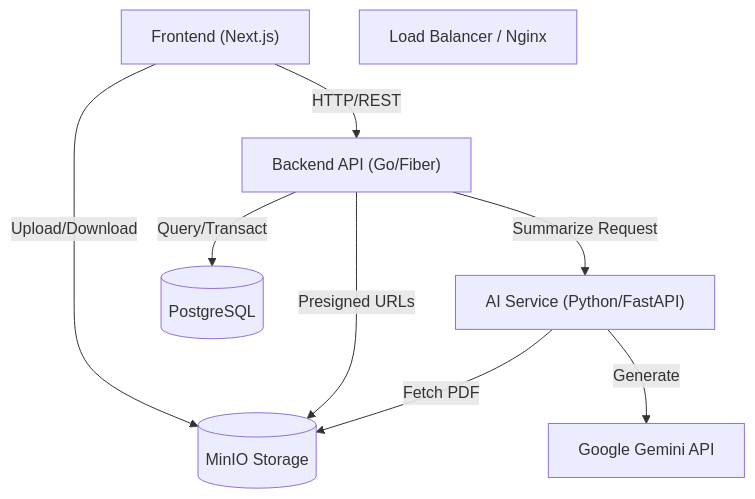
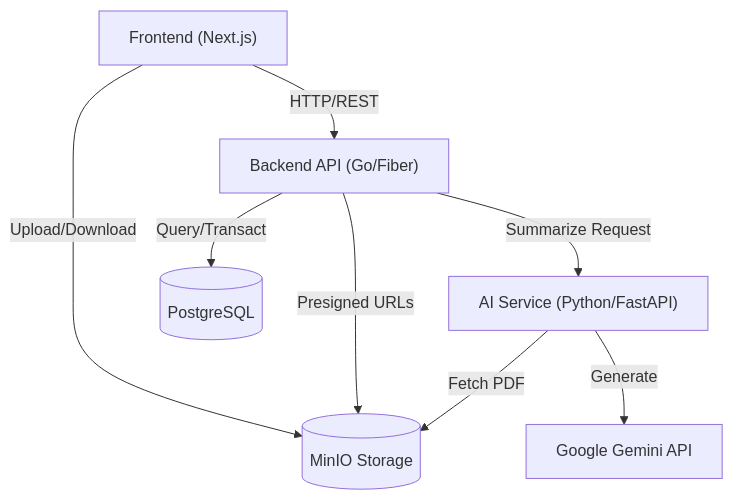
The diagram in README.md (rafapradana/next-pdf), drawn with Mermaid before and after one commit.

Commit message:
Update README.md: Readme Mermaid Syntax Fixed

````diff
--- a/README.md
+++ b/README.md
@@ -85,18 +85,17 @@
 ```mermaid
 graph TD
     Client["Frontend (Next.js)"]
-    LB["Load Balancer / Nginx"]
     BE["Backend API (Go/Fiber)"]
     AI["AI Service (Python/FastAPI)"]
     DB[("PostgreSQL")]
     S3[("MinIO Storage")]
     Gemini["Google Gemini API"]
 
     Client -->|HTTP/REST| BE
     Client -->|Upload/Download| S3
     BE -->|Query/Transact| DB
     BE -->|Presigned URLs| S3
     BE -->|Summarize Request| AI
     AI -->|Fetch PDF| S3
     AI -->|Generate| Gemini
 ```
````
